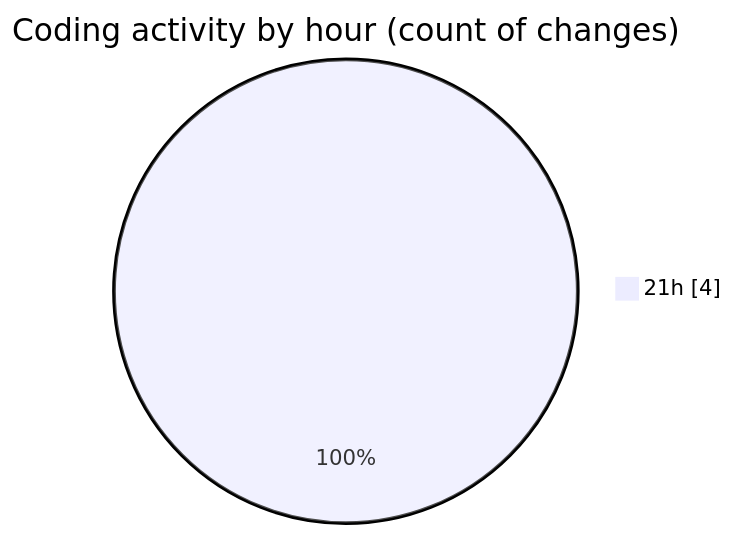
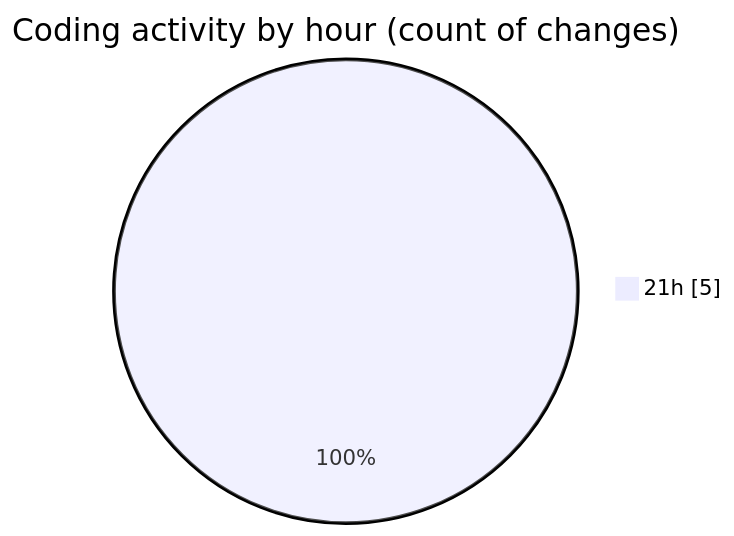
Before and after one commit to EIIisD/code-tracking: the second of 2 diagrams in 2025-07-26/_claude/README.md, drawn with Mermaid. The commit also changed other lines of this file and 1 other file, not shown here.

````diff
--- a/2025-07-26/_claude/README.md
+++ b/2025-07-26/_claude/README.md
@@ -28,5 +30,5 @@
 ```mermaid
 pie showData
 title Coding activity by hour (count of changes)
-"21h" : 4
+"21h" : 5
 ```
````
